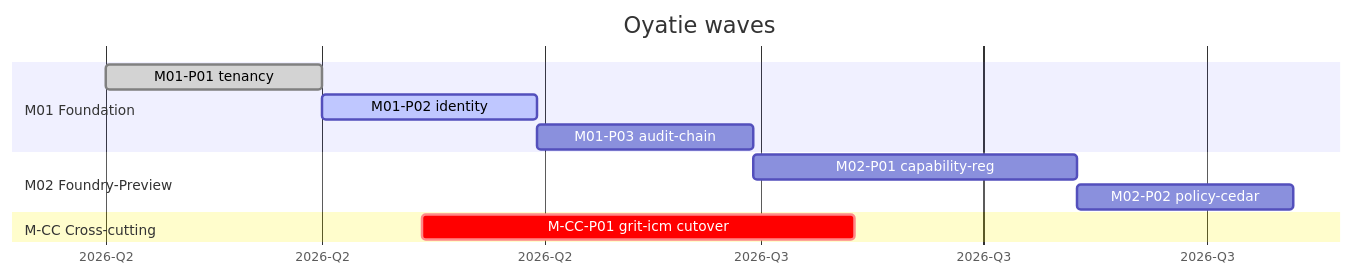
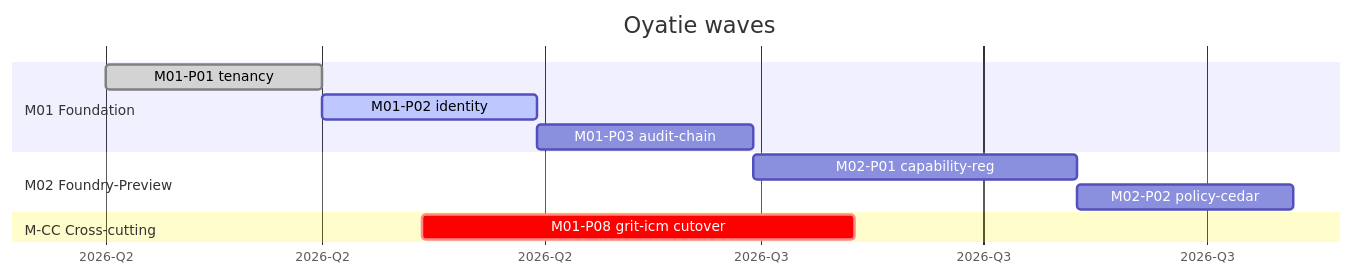
One commit to oyatie/oyatie changed the diagram in .omc/automation/roadmap-visualization-spec.md. Above: the diagram before and after it, drawn with Mermaid. The commit also changed 544 other files, not shown here.

````diff
--- a/.omc/automation/roadmap-visualization-spec.md
+++ b/.omc/automation/roadmap-visualization-spec.md
@@ -57,18 +57,18 @@
 ```mermaid
 gantt
   title Oyatie waves
   dateFormat YYYY-MM-DD
   axisFormat %Y-Q%q
 
   section M01 Foundation
   M01-P01 tenancy        :done,     m01p1, 2026-04-01, 30d
   M01-P02 identity       :active,   m01p2, after m01p1, 30d
   M01-P03 audit-chain    :          m01p3, after m01p2, 30d
 
   section M02 Foundry-Preview
   M02-P01 capability-reg :          m02p1, after m01p3, 45d
   M02-P02 policy-cedar   :          m02p2, after m02p1, 30d
 
   section M-CC Cross-cutting
-  M-CC-P01 grit-icm cutover :crit, mccp1, 2026-05-15, 60d
+  M01-P08 grit-icm cutover :crit, mccp1, 2026-05-15, 60d
 ```
````
